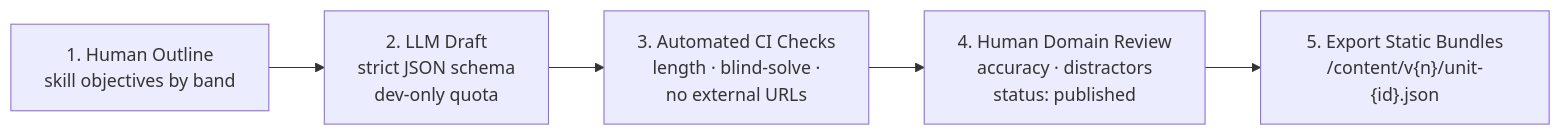
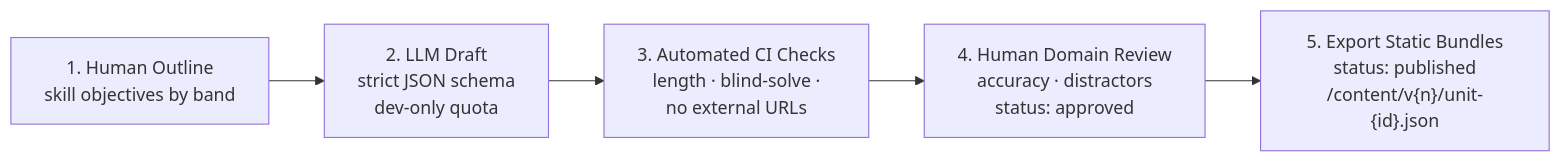
One commit to Masar-SCU/Masar changed the third of 3 diagrams in docs/06-ai-engines.md. Above: the diagram before and after it, drawn with Mermaid. The commit also changed other lines of this file and 17 other files, not shown here.

Commit message:
docs: resolve reviewer feedback across design system, idempotency, and ai architecture

````diff
--- a/docs/06-ai-engines.md
+++ b/docs/06-ai-engines.md
@@ -250,7 +276,7 @@
 ```mermaid
 flowchart LR
     O["1. Human Outline<br/>skill objectives by band"] --> D["2. LLM Draft<br/>strict JSON schema<br/>dev-only quota"]
     D --> C["3. Automated CI Checks<br/>length · blind-solve ·<br/>no external URLs"]
-    C --> H["4. Human Domain Review<br/>accuracy · distractors<br/>status: published"]
-    H --> B["5. Export Static Bundles<br/>/content/v{n}/unit-{id}.json"]
+    C --> H["4. Human Domain Review<br/>accuracy · distractors<br/>status: approved"]
+    H --> B["5. Export Static Bundles<br/>status: published<br/>/content/v{n}/unit-{id}.json"]
 ```
````
